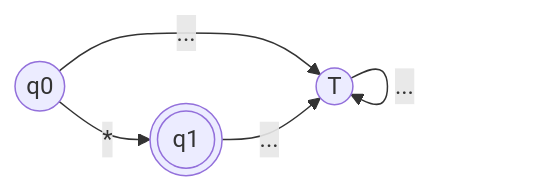
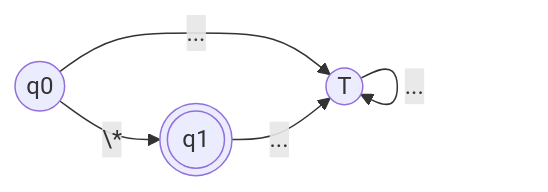
Before and after one commit to martinstanicio/tinylang: diagram 25 of 34 in docs/regexp-afd.md, drawn with Mermaid. The commit also changed other lines of this file, not shown here.

Commit message:
escapar caracteres especiales en los diagramas de estado

````diff
--- a/docs/regexp-afd.md
+++ b/docs/regexp-afd.md
@@ -477,9 +477,9 @@
 ```mermaid
 flowchart LR
     q0(("q0"))
     q1((("q1")))
     T(("T"))
 
-    q0 -- "*" --> q1
+    q0 -- "\*" --> q1
     q0 & q1 & T -- "..." --> T
 ```
````
